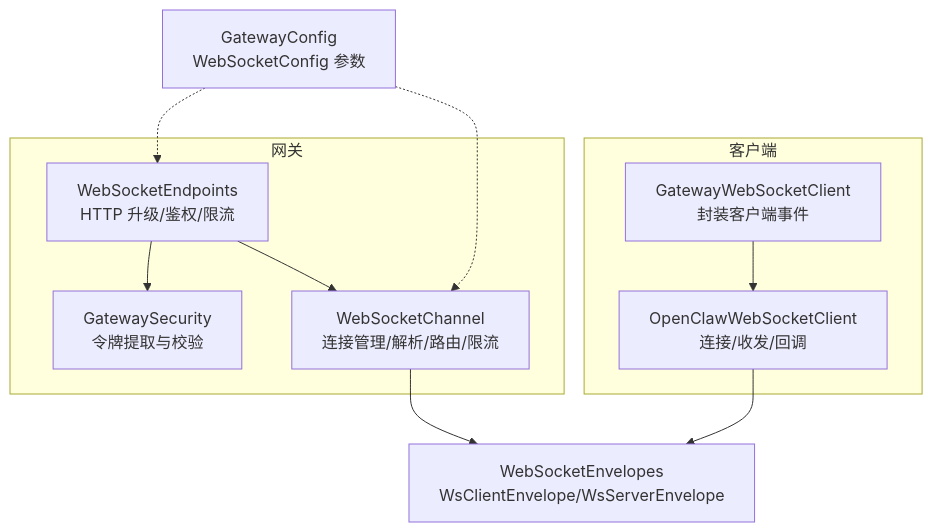
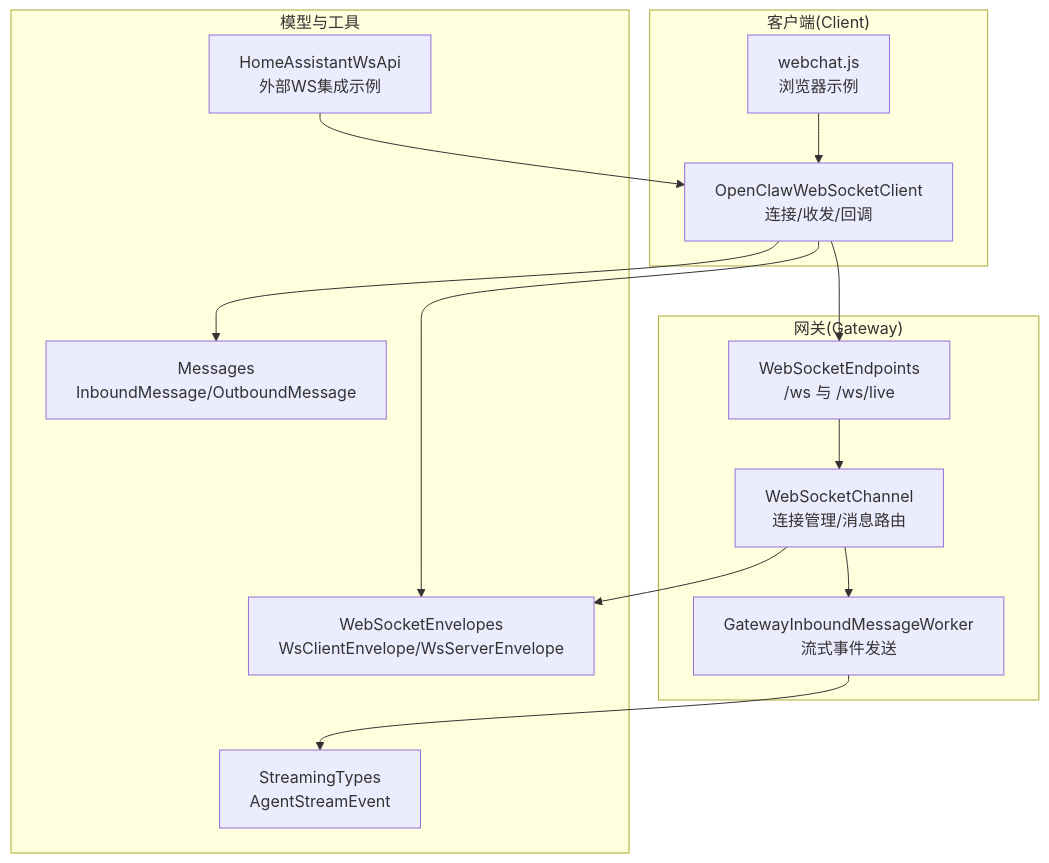
Before and after one commit to wayyet/kingcrab: the first of 8 diagrams in .qoder/repowiki/zh/content/API 参考/WebSocket API.md, drawn with Mermaid. The commit also changed other lines of this file and 431 other files, not shown here.

````diff
--- a/.qoder/repowiki/zh/content/API 参考/WebSocket API.md
+++ b/.qoder/repowiki/zh/content/API 参考/WebSocket API.md
@@ -42,21 +43,27 @@
 ```mermaid
 graph TB
-subgraph "网关"
-EP["WebSocketEndpoints<br/>HTTP 升级/鉴权/限流"]
-SEC["GatewaySecurity<br/>令牌提取与校验"]
-CH["WebSocketChannel<br/>连接管理/解析/路由/限流"]
+subgraph "网关(Gateway)"
+EP["WebSocketEndpoints<br/>/ws 与 /ws/live"]
+CH["WebSocketChannel<br/>连接管理/消息路由"]
+GW["GatewayInboundMessageWorker<br/>流式事件发送"]
 end
-subgraph "客户端"
-GWCLI["GatewayWebSocketClient<br/>封装客户端事件"]
-CLI["OpenClawWebSocketClient<br/>连接/收发/回调"]
+subgraph "客户端(Client)"
+OC["OpenClawWebSocketClient<br/>连接/收发/回调"]
+JS["webchat.js<br/>浏览器示例"]
 end
-CFG["GatewayConfig<br/>WebSocketConfig 参数"]
-MODELS["WebSocketEnvelopes<br/>WsClientEnvelope/WsServerEnvelope"]
+subgraph "模型与工具"
+ENVS["WebSocketEnvelopes<br/>WsClientEnvelope/WsServerEnvelope"]
+MSG["Messages<br/>InboundMessage/OutboundMessage"]
+STR["StreamingTypes<br/>AgentStreamEvent"]
+HA["HomeAssistantWsApi<br/>外部WS集成示例"]
+end
+JS --> OC
+OC --> EP
 EP --> CH
-EP --> SEC
-CH --> MODELS
-CLI --> MODELS
-GWCLI --> CLI
-CFG -.-> EP
-CFG -.-> CH
+CH --> GW
+CH --> ENVS
+GW --> STR
+OC --> ENVS
+OC --> MSG
+HA --> OC
 ```
````
